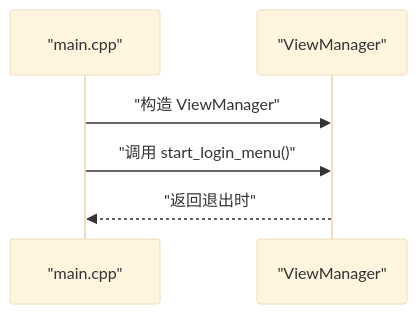
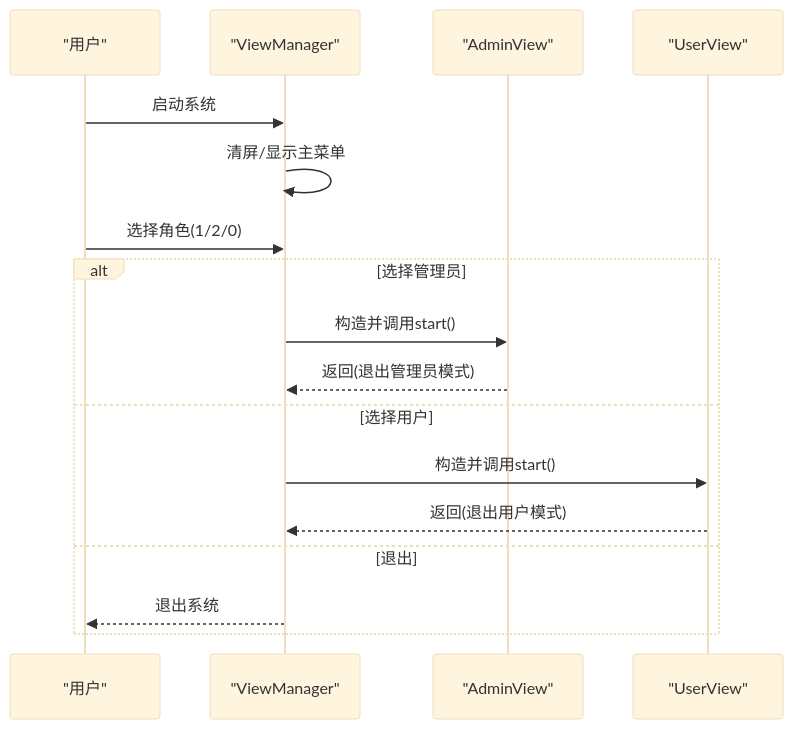
The third of 9 diagrams in .qoder/repowiki/zh/content/系统架构设计/整体架构概览.md (jinpeng900/OJ-Test), drawn with Mermaid (base theme) before and after one commit. The commit also changed other lines of this file and 65 other files, not shown here.

````diff
--- a/.qoder/repowiki/zh/content/系统架构设计/整体架构概览.md
+++ b/.qoder/repowiki/zh/content/系统架构设计/整体架构概览.md
@@ -161,8 +177,19 @@
 ```mermaid
 sequenceDiagram
-participant Main as "main.cpp"
+participant U as "用户"
 participant VM as "ViewManager"
-Main->>VM : "构造 ViewManager"
-Main->>VM : "调用 start_login_menu()"
-VM-->>Main : "返回退出时"
+participant AV as "AdminView"
+participant UV as "UserView"
+U->>VM : 启动系统
+VM->>VM : 清屏/显示主菜单
+U->>VM : 选择角色(1/2/0)
+alt 选择管理员
+VM->>AV : 构造并调用start()
+AV-->>VM : 返回(退出管理员模式)
+else 选择用户
+VM->>UV : 构造并调用start()
+UV-->>VM : 返回(退出用户模式)
+else 退出
+VM-->>U : 退出系统
+end
 ```
````
